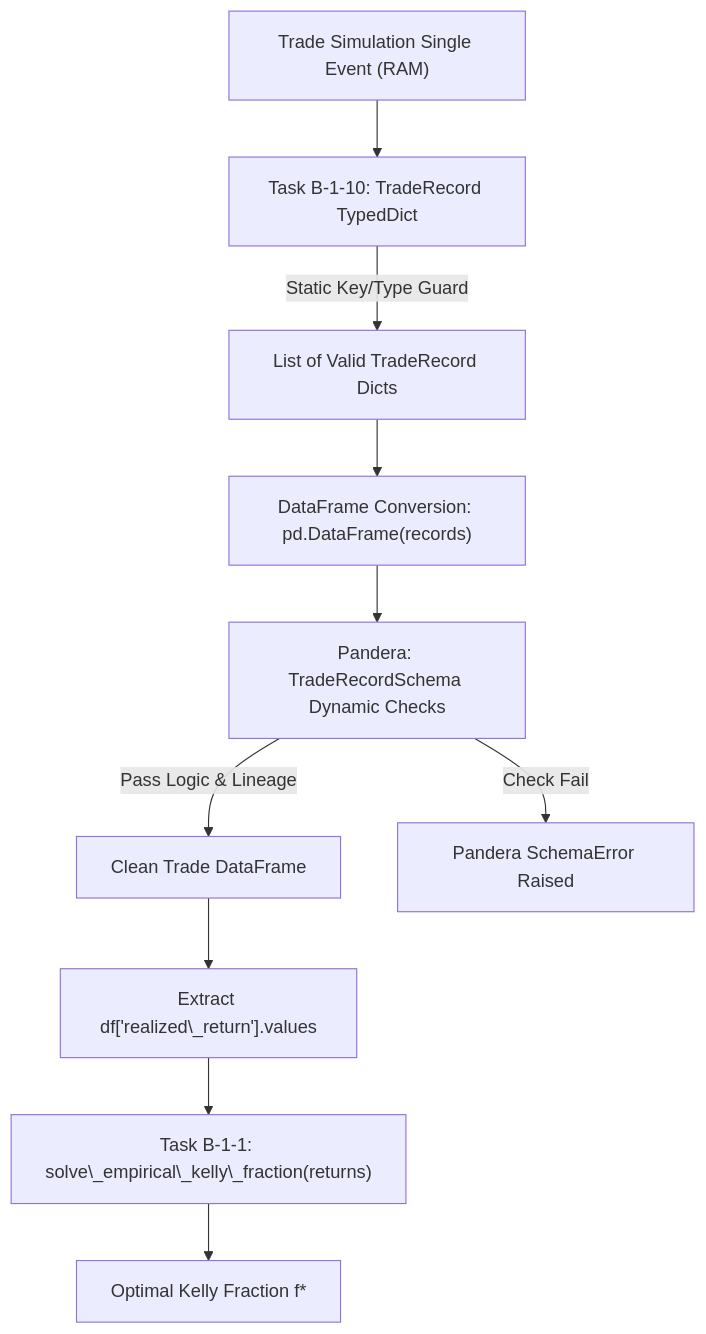
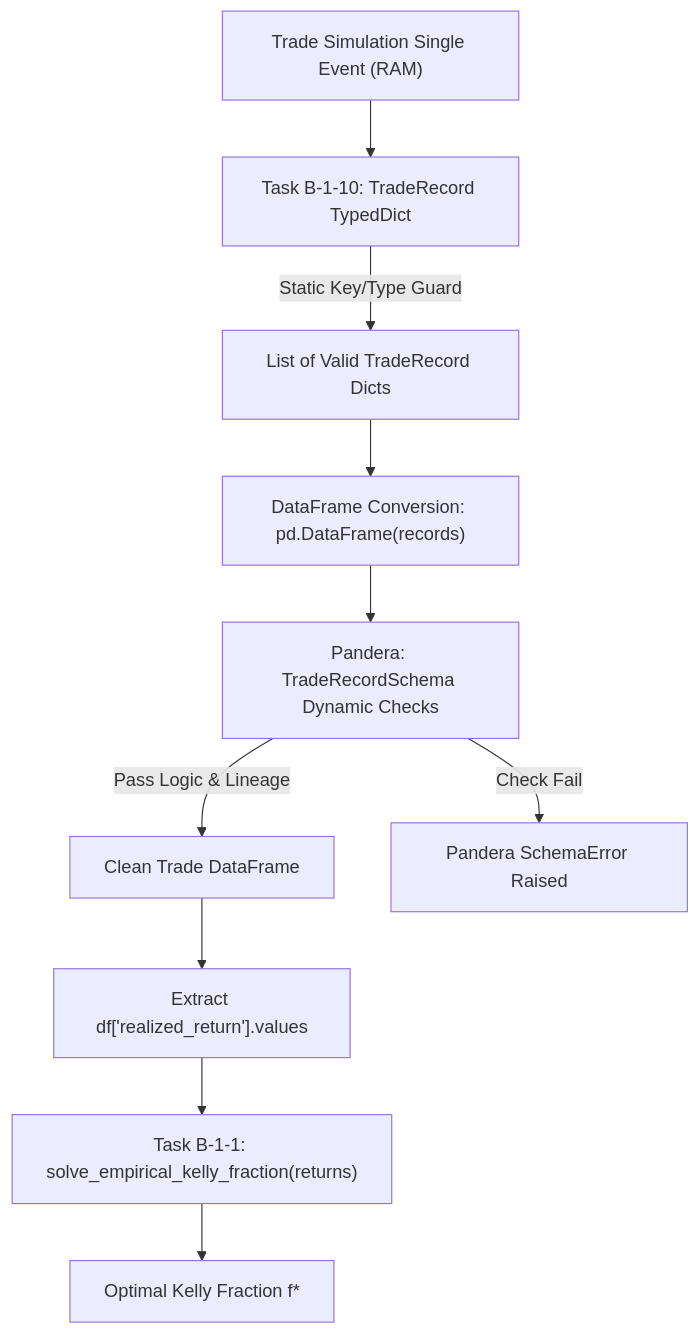
Before and after one commit to hoangcongly/1907TacticalAI: the third of 9 diagrams in docs/engineering_audit_and_explanation_report.md, drawn with Mermaid. The commit also changed other lines of this file, not shown here.

Commit message:
docs(fix): xử lý lỗi cú pháp render Mermaid (ngoặc đơn trong label và ký tự gạch dưới thoát)

````diff
--- a/docs/engineering_audit_and_explanation_report.md
+++ b/docs/engineering_audit_and_explanation_report.md
@@ -231,15 +231,15 @@
 ```mermaid
 flowchart TD
     Sim["Trade Simulation Single Event (RAM)"] --> TypedDict["Task B-1-10: TradeRecord TypedDict"]
     TypedDict -->|Static Key/Type Guard| CleanDicts["List of Valid TradeRecord Dicts"]
     
     CleanDicts --> Batch["DataFrame Conversion: pd.DataFrame(records)"]
     Batch --> Schema["Pandera: TradeRecordSchema Dynamic Checks"]
     
     Schema -->|Pass Logic & Lineage| CleanDF["Clean Trade DataFrame"]
     Schema -->|Check Fail| Error["Pandera SchemaError Raised"]
     
-    CleanDF --> Extract["Extract df['realized\_return'].values"]
-    Extract --> KellyEngine["Task B-1-1: solve\_empirical\_kelly\_fraction(returns)"]
+    CleanDF --> Extract["Extract df['realized_return'].values"]
+    Extract --> KellyEngine["Task B-1-1: solve_empirical_kelly_fraction(returns)"]
     KellyEngine --> Output["Optimal Kelly Fraction f*"]
 ```
````
